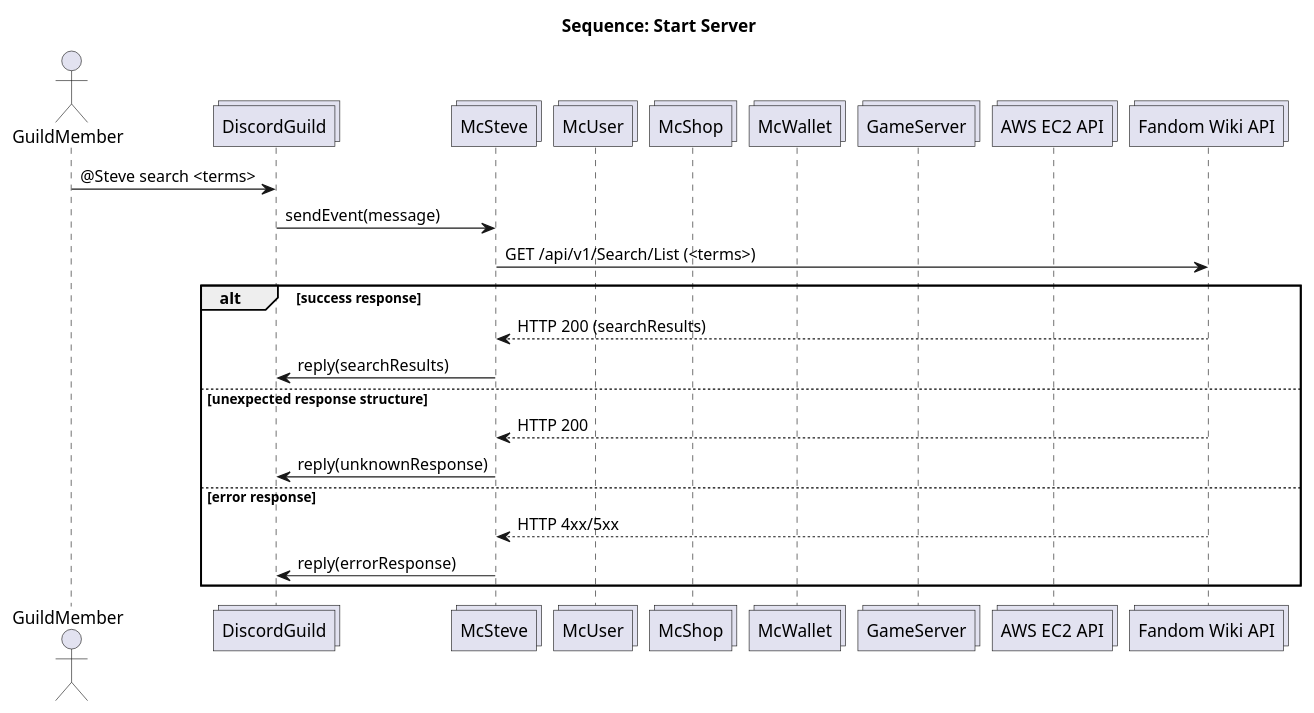
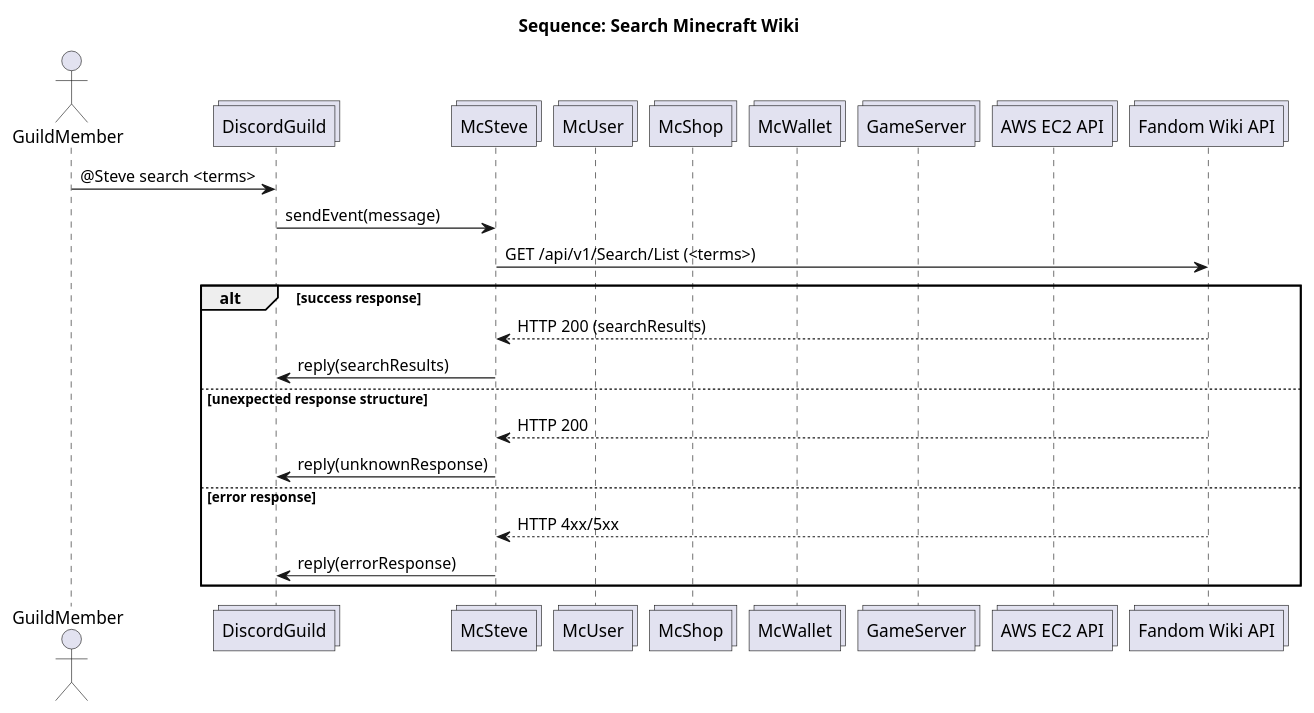
Before and after one commit to Ubunfu/mc-steve: the diagram in docs/sequence_search.puml, drawn with PlantUML. The commit also changed 12 other files, not shown here.

```diff
--- a/docs/sequence_search.puml
+++ b/docs/sequence_search.puml
@@ -1,29 +1,29 @@
-@startuml sequence_start-server
+@startuml sequence_search
 
-title Sequence: Start Server
+title Sequence: Search Minecraft Wiki
 
 actor GuildMember
 collections DiscordGuild
 collections McSteve
 collections McUser
 collections McShop
 collections McWallet
 collections GameServer
 collections "AWS EC2 API"
 collections "Fandom Wiki API"
 
 GuildMember -> DiscordGuild: @Steve search <terms>
 DiscordGuild -> McSteve: sendEvent(message)
 
 McSteve -> "Fandom Wiki API": GET /api/v1/Search/List (<terms>)
 alt success response
     McSteve <-- "Fandom Wiki API": HTTP 200 (searchResults)
     DiscordGuild <- McSteve: reply(searchResults)
 else unexpected response structure
     McSteve <-- "Fandom Wiki API": HTTP 200
     DiscordGuild <- McSteve: reply(unknownResponse)
 else error response
     McSteve <-- "Fandom Wiki API": HTTP 4xx/5xx
     DiscordGuild <- McSteve: reply(errorResponse)
 end
 @enduml
```
